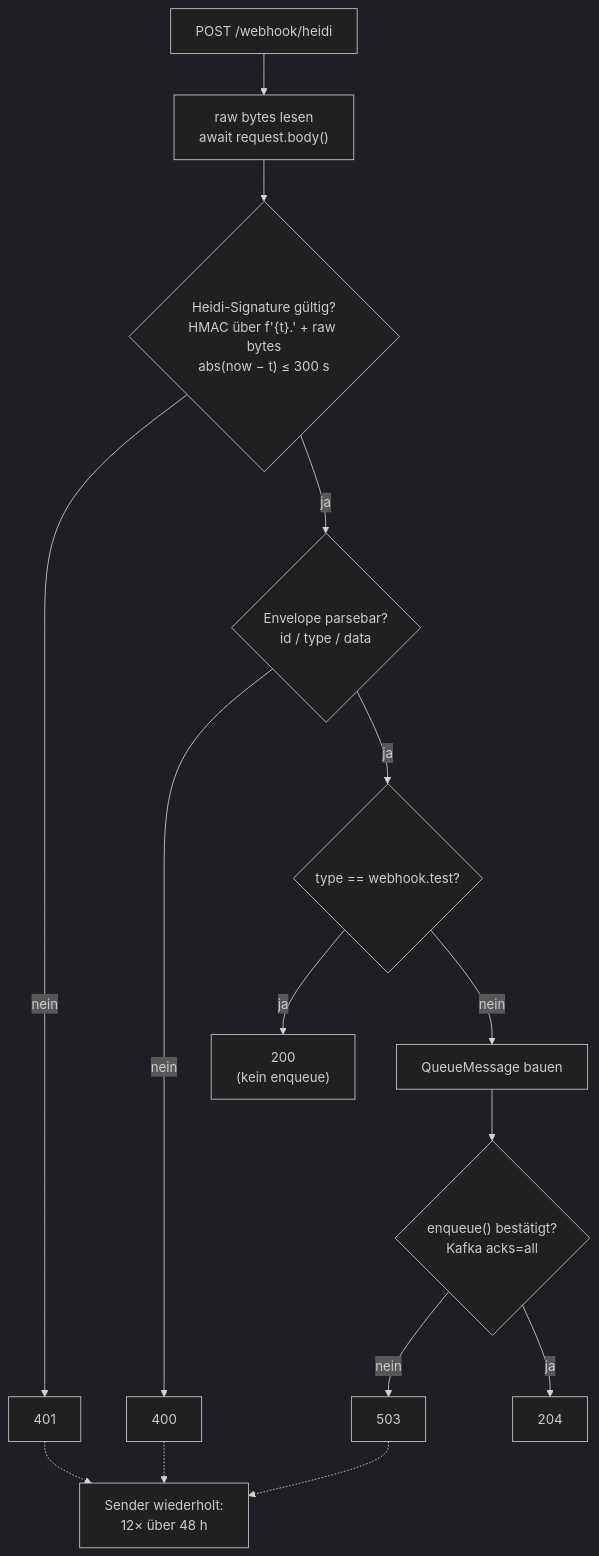
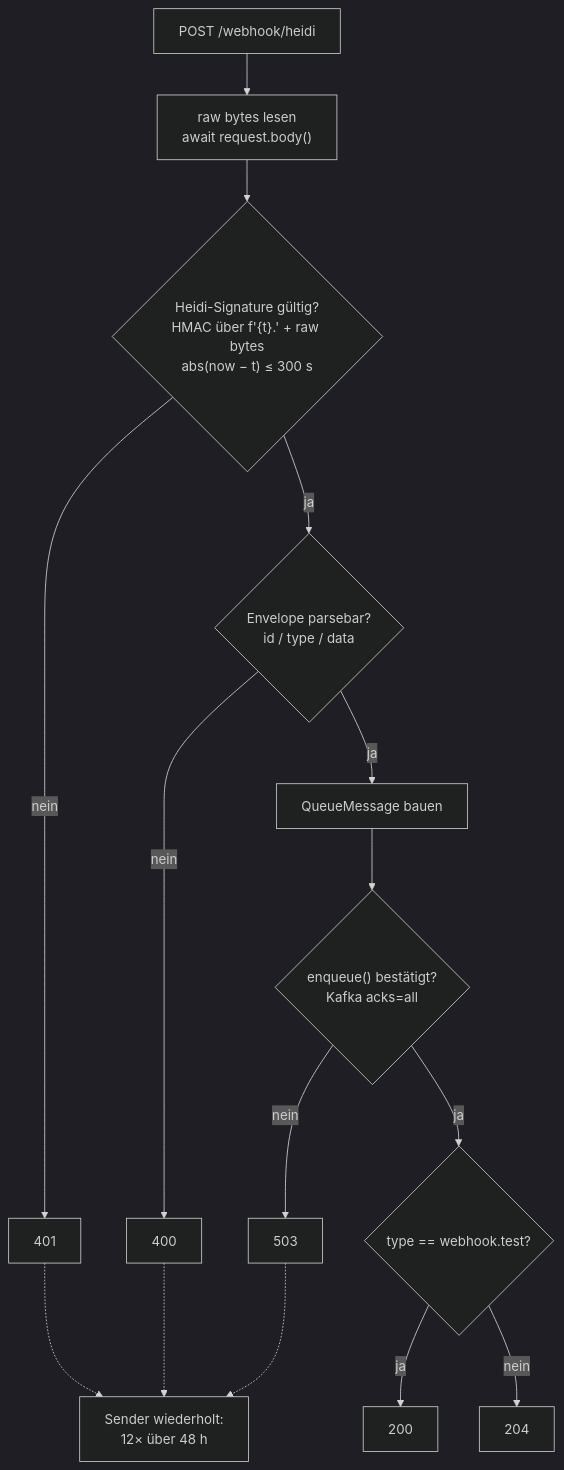
Before and after one commit to edutap-collective/edutap.webhook_heidi: the third of 3 diagrams in docs/superpowers/specs/2026-07-13-webhook-heidi-design.md, drawn with Mermaid (dark theme). The commit also changed other lines of this file and 1 other file, not shown here.

First line of the commit message:
docs: Basis-Design und Changelog auf enqueuten webhook.test nachziehen

````diff
--- a/docs/superpowers/specs/2026-07-13-webhook-heidi-design.md
+++ b/docs/superpowers/specs/2026-07-13-webhook-heidi-design.md
@@ -332,18 +332,18 @@
 ```mermaid
 flowchart TD
     A["POST /webhook/heidi"] --> B["raw bytes lesen<br/>await request.body()"]
     B --> C{"Heidi-Signature gültig?<br/>HMAC über f'{t}.' + raw bytes<br/>abs(now − t) ≤ 300 s"}
     C -- nein --> C1["401"]
     C -- ja --> D{"Envelope parsebar?<br/>id / type / data"}
     D -- nein --> D1["400"]
-    D -- ja --> E{"type == webhook.test?"}
-    E -- ja --> E1["200<br/>(kein enqueue)"]
-    E -- nein --> F["QueueMessage bauen"]
+    D -- ja --> F["QueueMessage bauen"]
     F --> G{"enqueue() bestätigt?<br/>Kafka acks=all"}
     G -- nein --> G1["503"]
-    G -- ja --> G2["204"]
+    G -- ja --> H{"type == webhook.test?"}
+    H -- ja --> H1["200"]
+    H -- nein --> H2["204"]
 
     C1 -.-> R["Sender wiederholt:<br/>12× über 48 h"]
     D1 -.-> R
     G1 -.-> R
 ```
````
